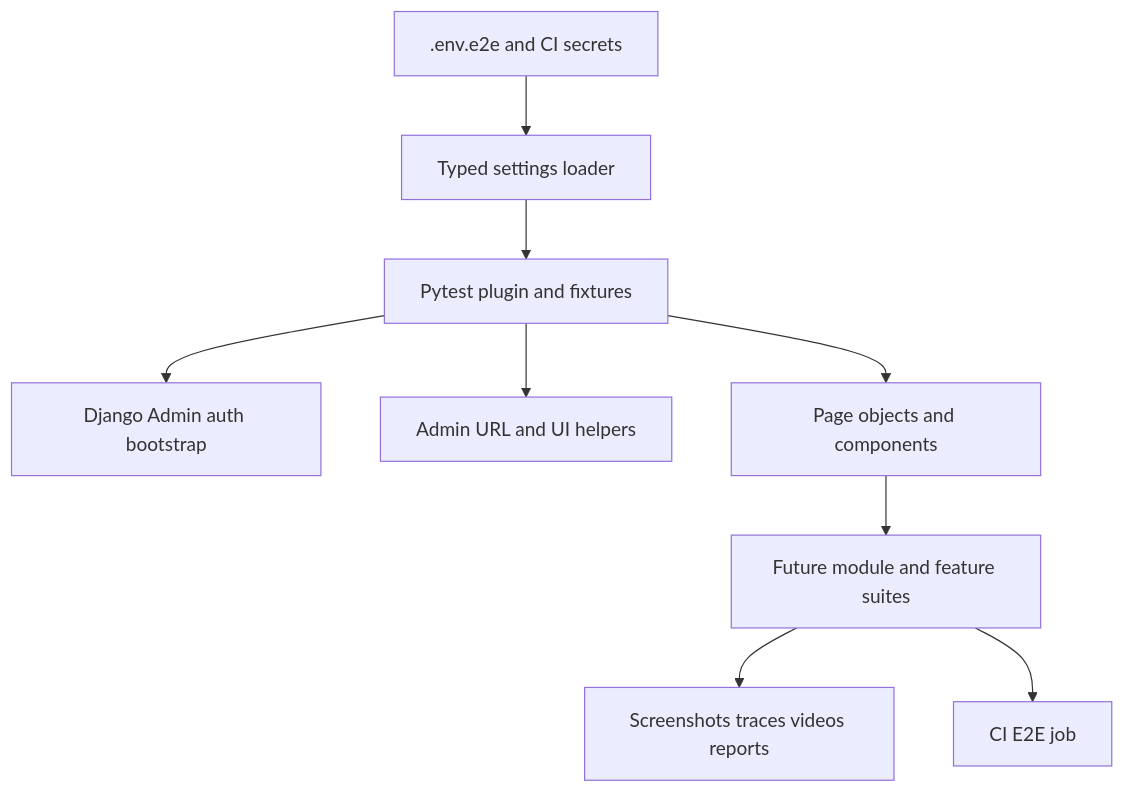
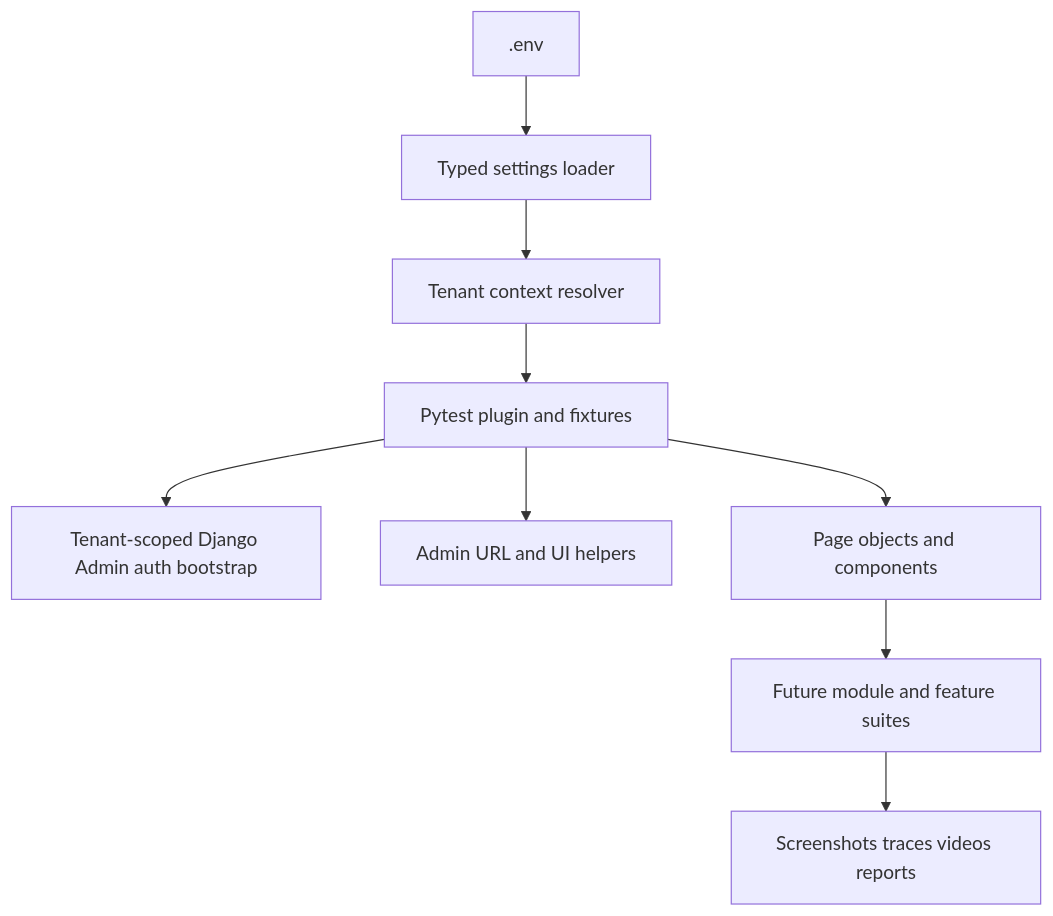
One commit to sbu-europe/dfms-naming-campaign changed the diagram in 05-architecture/04-implementation/strategies/playwright-pytest-django-admin-core-setup-plan.md. Above: the diagram before and after it, drawn with Mermaid. The commit also changed other lines of this file, not shown here.

Commit message:
Update Playwright Pytest Django Admin core setup plan to reflect Phase 1 multi-tenant modular monolith implementation.

````diff
--- a/05-architecture/04-implementation/strategies/playwright-pytest-django-admin-core-setup-plan.md
+++ b/05-architecture/04-implementation/strategies/playwright-pytest-django-admin-core-setup-plan.md
@@ -50,11 +51,11 @@
 ```mermaid
 flowchart TD
-    envFile[".env.e2e and CI secrets"] --> settingsLoader["Typed settings loader"]
-    settingsLoader --> pytestCore["Pytest plugin and fixtures"]
-    pytestCore --> adminAuth["Django Admin auth bootstrap"]
+    envFile[".env"] --> settingsLoader["Typed settings loader"]
+    settingsLoader --> tenantContext["Tenant context resolver"]
+    tenantContext --> pytestCore["Pytest plugin and fixtures"]
+    pytestCore --> adminAuth["Tenant-scoped Django Admin auth bootstrap"]
     pytestCore --> adminHelpers["Admin URL and UI helpers"]
     pytestCore --> pageObjects["Page objects and components"]
     pageObjects --> futureSuites["Future module and feature suites"]
     futureSuites --> artifacts["Screenshots traces videos reports"]
-    futureSuites --> ciJob["CI E2E job"]
 ```
````
